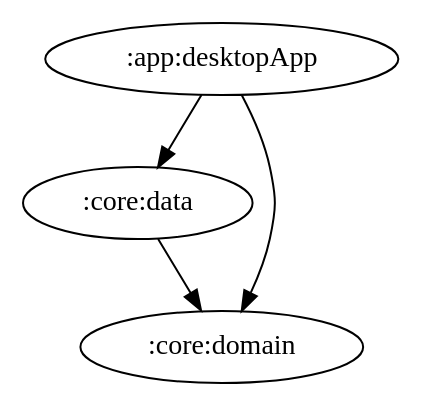
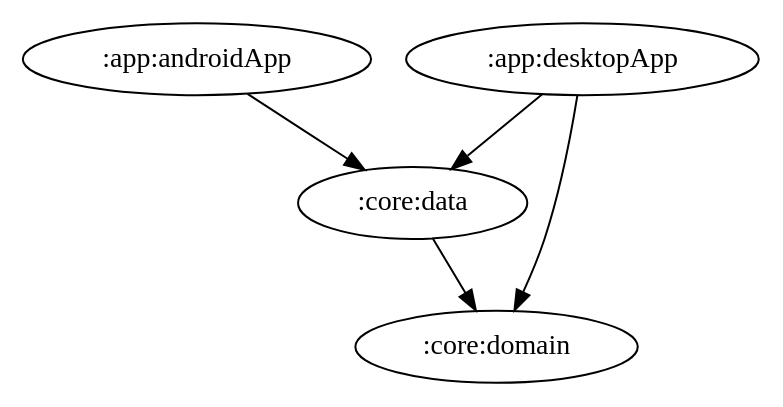
One commit to ai-kurou/KoDriver changed the diagram in docs/graphs/core-data.gv. Above: the diagram before and after it, drawn with Graphviz. The commit also changed 7 other files, not shown here.

Commit message:
chore: update module graph images [skip ci]

```diff
--- a/docs/graphs/core-data.gv
+++ b/docs/graphs/core-data.gv
@@ -1,5 +1,6 @@
 digraph G {
+  ":app:androidApp" -> ":core:data"
   ":app:desktopApp" -> ":core:data"
   ":app:desktopApp" -> ":core:domain"
   ":core:data" -> ":core:domain"
 }
```
